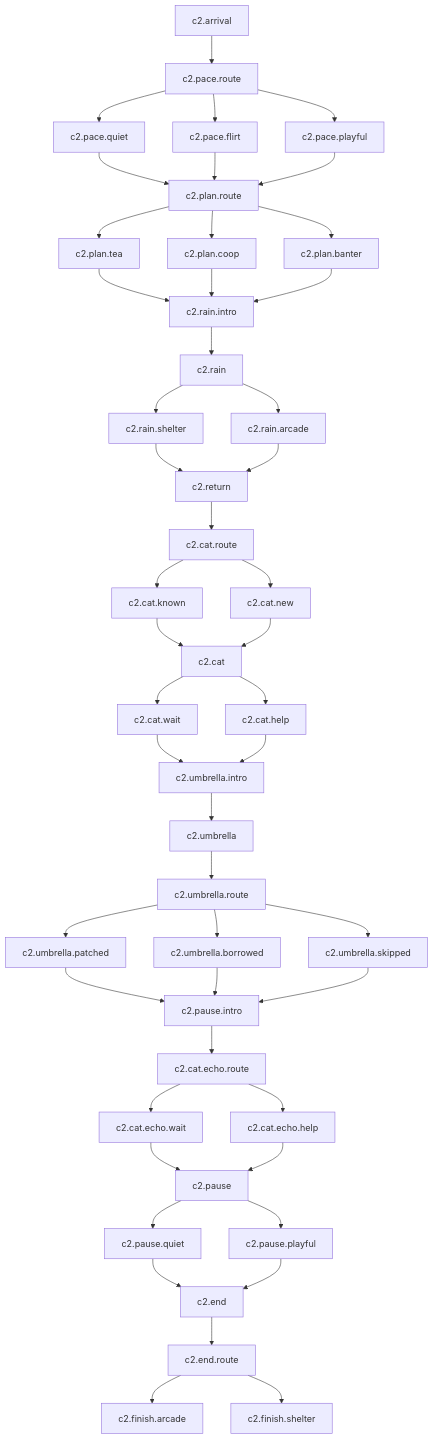
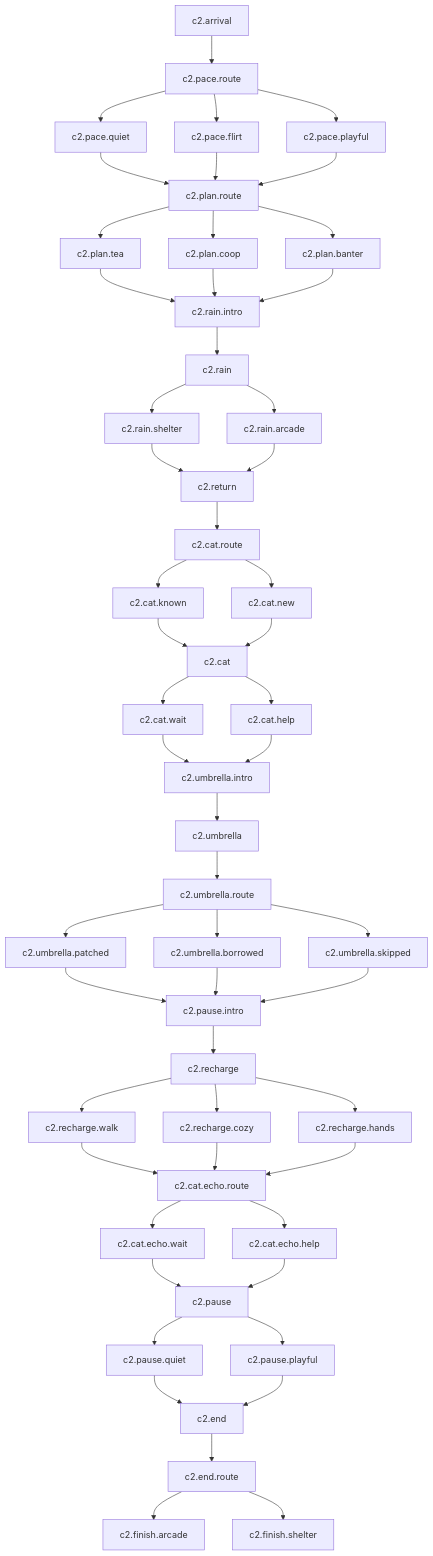
One commit to vlad28x/our-little-story changed the diagram in outputs/CHAPTER_02_SCRIPT.md. Above: the diagram before and after it, drawn with Mermaid. The commit also changed other lines of this file and 97 other files, not shown here.

```diff
--- a/outputs/CHAPTER_02_SCRIPT.md
+++ b/outputs/CHAPTER_02_SCRIPT.md
@@ -68,7 +68,17 @@
   c2.umbrella.skipped
   c2.umbrella.skipped --> c2.pause.intro
   c2.pause.intro
-  c2.pause.intro --> c2.cat.echo.route
+  c2.pause.intro --> c2.recharge
+  c2.recharge
+  c2.recharge --> c2.recharge.walk
+  c2.recharge --> c2.recharge.cozy
+  c2.recharge --> c2.recharge.hands
+  c2.recharge.walk
+  c2.recharge.walk --> c2.cat.echo.route
+  c2.recharge.cozy
+  c2.recharge.cozy --> c2.cat.echo.route
+  c2.recharge.hands
+  c2.recharge.hands --> c2.cat.echo.route
   c2.cat.echo.route
   c2.cat.echo.route --> c2.cat.echo.wait
   c2.cat.echo.route --> c2.cat.echo.help
```
